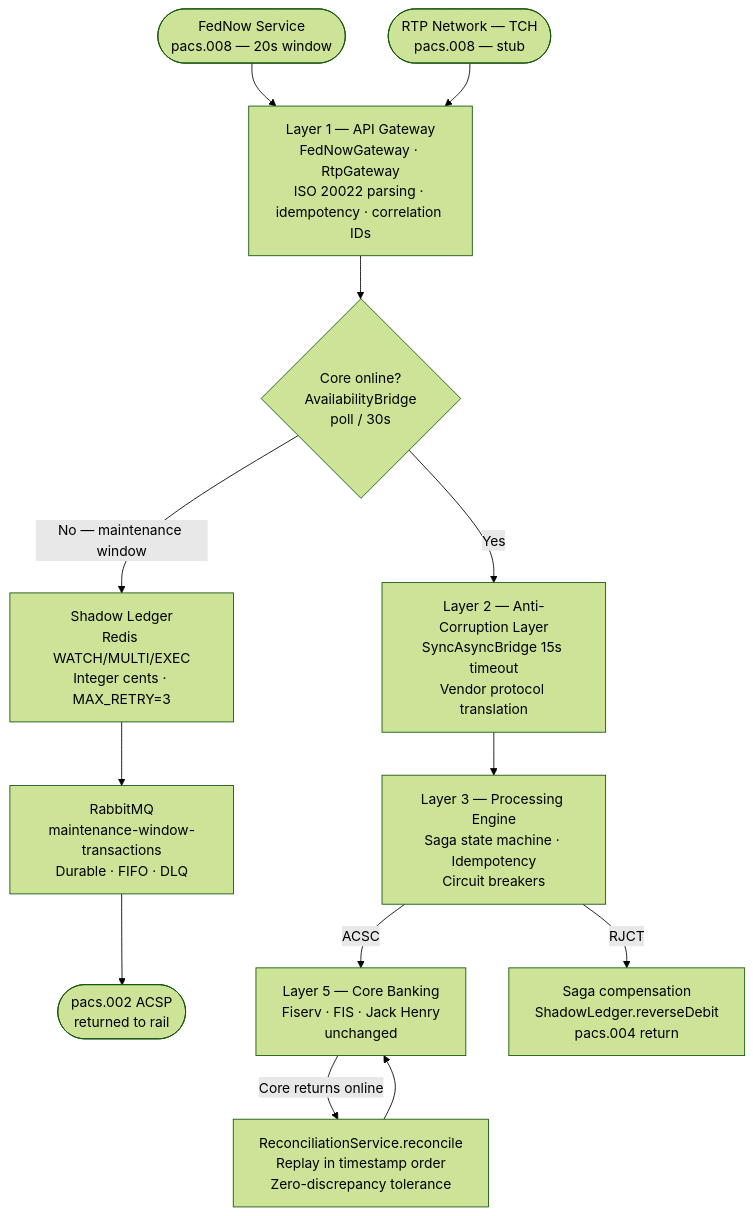
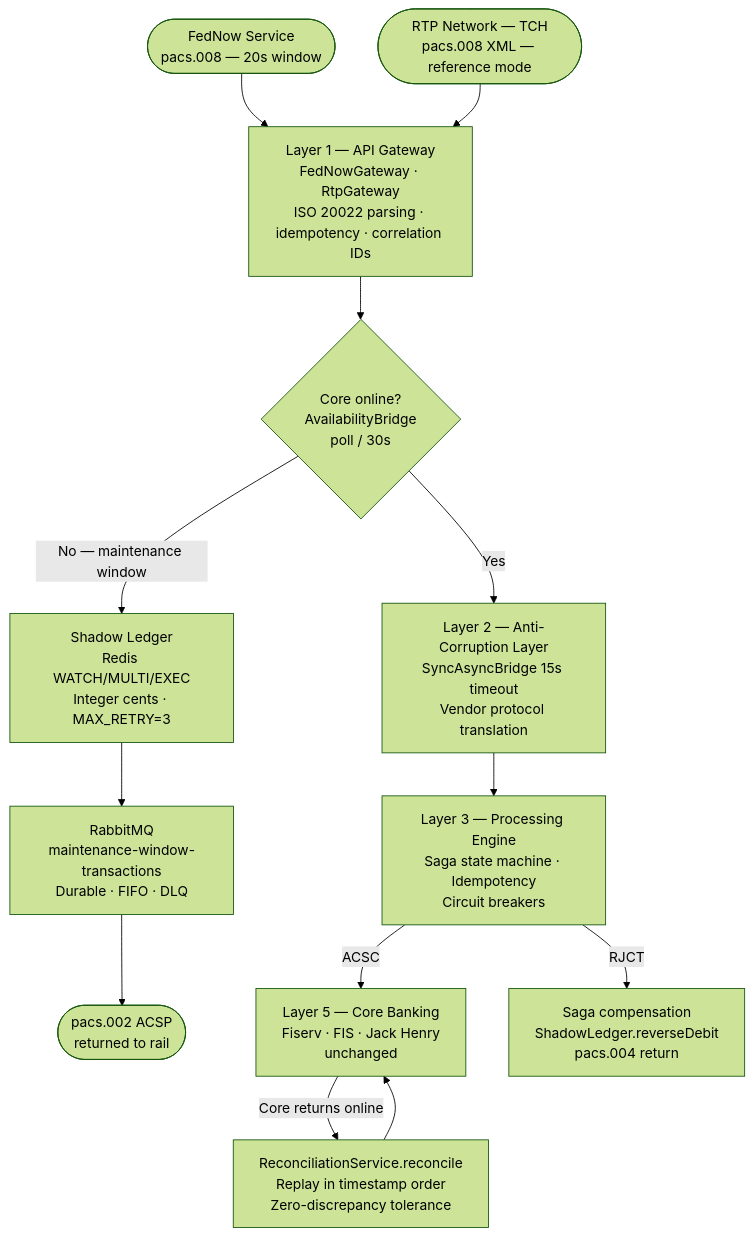
The diagram in README.md (danielsmori/open-fednow), drawn with Mermaid (forest theme) before and after one commit. The commit also changed other lines of this file, not shown here.

Commit message:
Align README with exhibit language: dual-rail framing, reference mode, production boundaries

````diff
--- a/README.md
+++ b/README.md
@@ -46,24 +47,24 @@
 ```mermaid
 flowchart TD
     FN([FedNow Service\npacs.008 — 20s window])
-    RTP([RTP Network — TCH\npacs.008 — stub])
+    RTP([RTP Network — TCH\npacs.008 XML — reference mode])
 
     FN  --> GW["Layer 1 — API Gateway\nFedNowGateway · RtpGateway\nISO 20022 parsing · idempotency · correlation IDs"]
     RTP --> GW
 
     GW --> CHK{Core online?\nAvailabilityBridge\npoll / 30s}
 
     CHK -->|Yes| ACL["Layer 2 — Anti-Corruption Layer\nSyncAsyncBridge 15s timeout\nVendor protocol translation"]
     CHK -->|No — maintenance window| SL["Shadow Ledger\nRedis WATCH/MULTI/EXEC\nInteger cents · MAX_RETRY=3"]
 
     SL --> MQ["RabbitMQ\nmaintenance-window-transactions\nDurable · FIFO · DLQ"]
     MQ --> ACSP([pacs.002 ACSP\nreturned to rail])
 
     ACL --> PE["Layer 3 — Processing Engine\nSaga state machine · Idempotency\nCircuit breakers"]
 
     PE -->|ACSC| CORE["Layer 5 — Core Banking\nFiserv · FIS · Jack Henry\nunchanged"]
     PE -->|RJCT| COMP["Saga compensation\nShadowLedger.reverseDebit\npacs.004 return"]
 
     CORE -->|Core returns online| RECON["ReconciliationService.reconcile\nReplay in timestamp order\nZero-discrepancy tolerance"]
     RECON --> CORE
 ```
````
